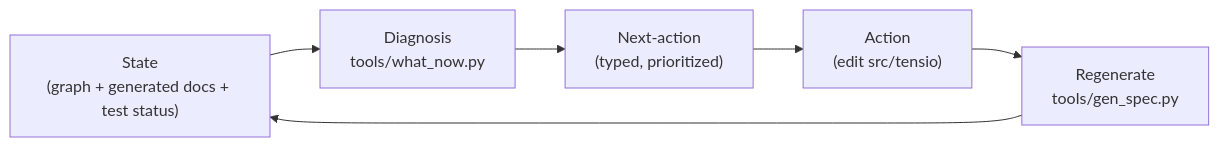
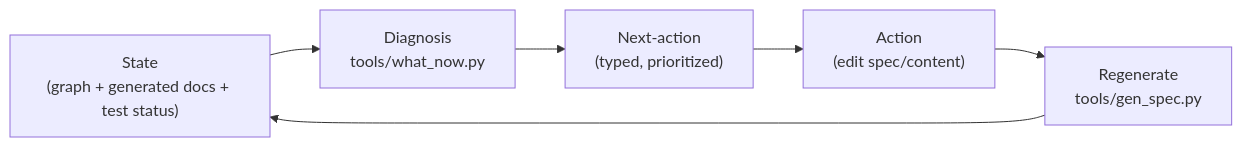
Before and after one commit to PHPCraftdream/HotamSpec: the diagram in CLAUDE.md, drawn with Mermaid. The commit also changed other lines of this file and 13 other files, not shown here.

````diff
--- a/CLAUDE.md
+++ b/CLAUDE.md
@@ -99,8 +171,8 @@
 ```mermaid
 graph LR
     S["State<br/>(graph + generated docs + test status)"] --> D["Diagnosis<br/>tools/what_now.py"]
     D --> N["Next-action<br/>(typed, prioritized)"]
-    N --> A["Action<br/>(edit src/tensio)"]
+    N --> A["Action<br/>(edit spec/content)"]
     A --> R["Regenerate<br/>tools/gen_spec.py"]
     R --> S
 ```
````
